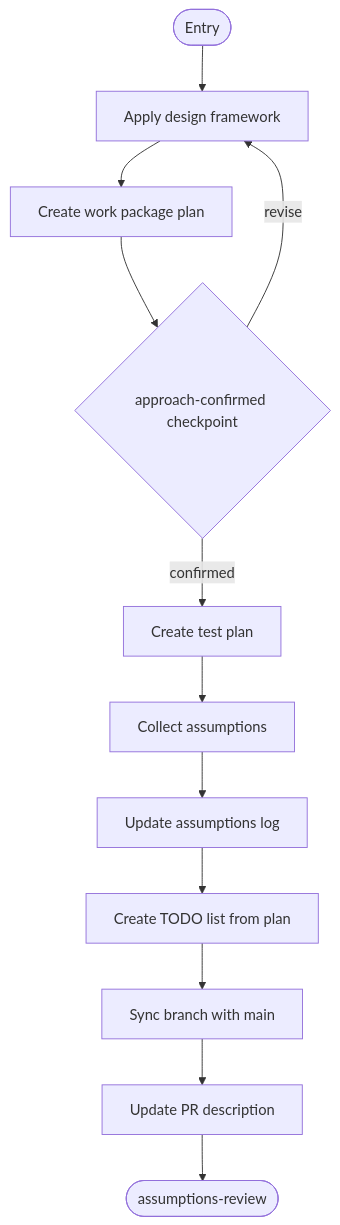
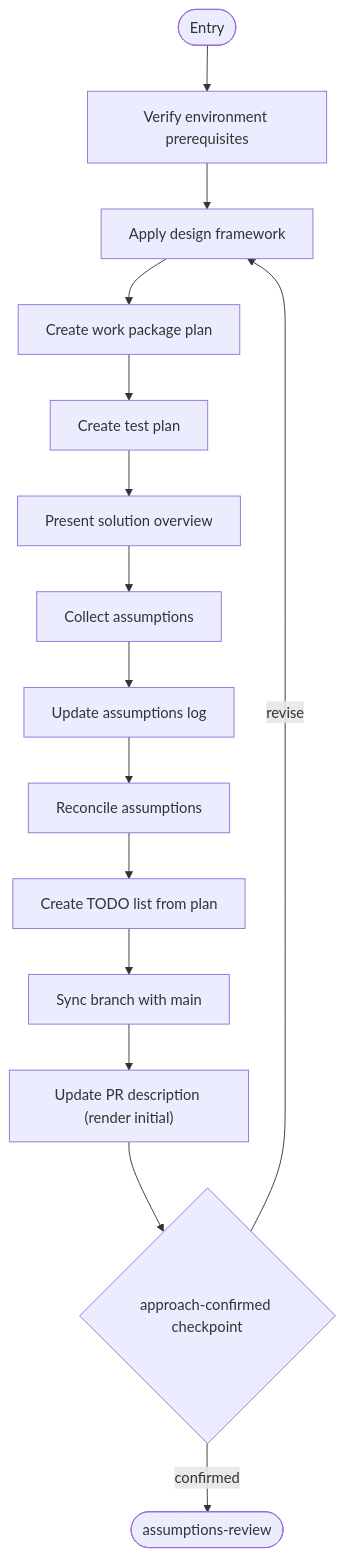
One commit to m2ux/workflow-server changed the sixth of 14 diagrams in work-package/activities/README.md. Above: the diagram before and after it, drawn with Mermaid. The commit also changed other lines of this file and 48 other files, not shown here.

````diff
--- a/work-package/activities/README.md
+++ b/work-package/activities/README.md
@@ -459,16 +415,17 @@
 ```mermaid
 graph TD
-    entryNode(["Entry"]) --> applyDesign["Apply design framework"]
+    entryNode(["Entry"]) --> envPrereqs["Verify environment prerequisites"]
+    envPrereqs --> applyDesign["Apply design framework"]
     applyDesign --> createPlan["Create work package plan"]
-    createPlan --> cpApproach{"approach-confirmed checkpoint"}
-    cpApproach -->|"confirmed"| createTestPlan["Create test plan"]
+    createPlan --> createTestPlan["Create test plan"]
+    createTestPlan --> solutionOverview["Present solution overview"]
+    solutionOverview --> collectAssumptions["Collect assumptions"]
+    collectAssumptions --> updateLog["Update assumptions log"]
+    updateLog --> reconcile["Reconcile assumptions"]
+    reconcile --> createTodos["Create TODO list from plan"]
+    createTodos --> syncBranch["Sync branch with main"]
+    syncBranch --> updatePR["Update PR description (render initial)"]
+    updatePR --> cpApproach{"approach-confirmed checkpoint"}
+    cpApproach -->|"confirmed"| exitNode(["assumptions-review"])
     cpApproach -->|"revise"| applyDesign
-
-    createTestPlan --> collectAssumptions["Collect assumptions"]
-    collectAssumptions --> updateLog["Update assumptions log"]
-    updateLog --> createTodos["Create TODO list from plan"]
-    createTodos --> syncBranch["Sync branch with main"]
-
-    syncBranch --> updatePR["Update PR description"]
-    updatePR --> exitNode(["assumptions-review"])
 ```
````
